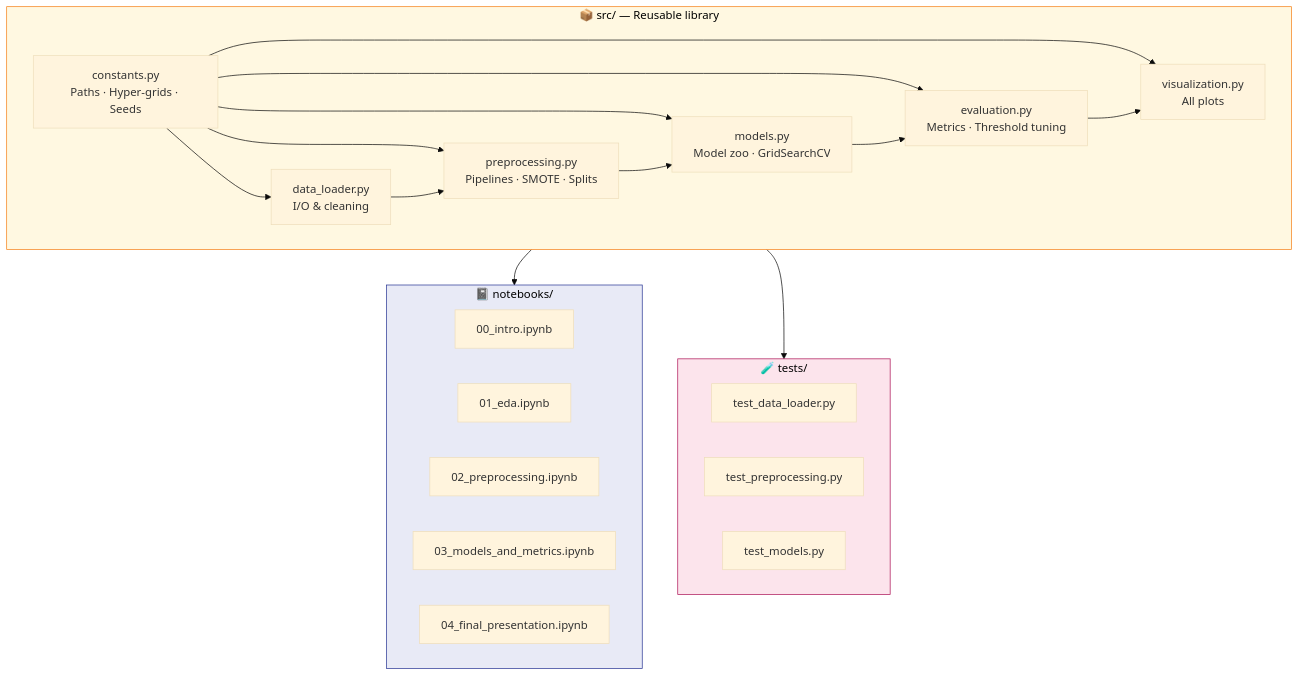
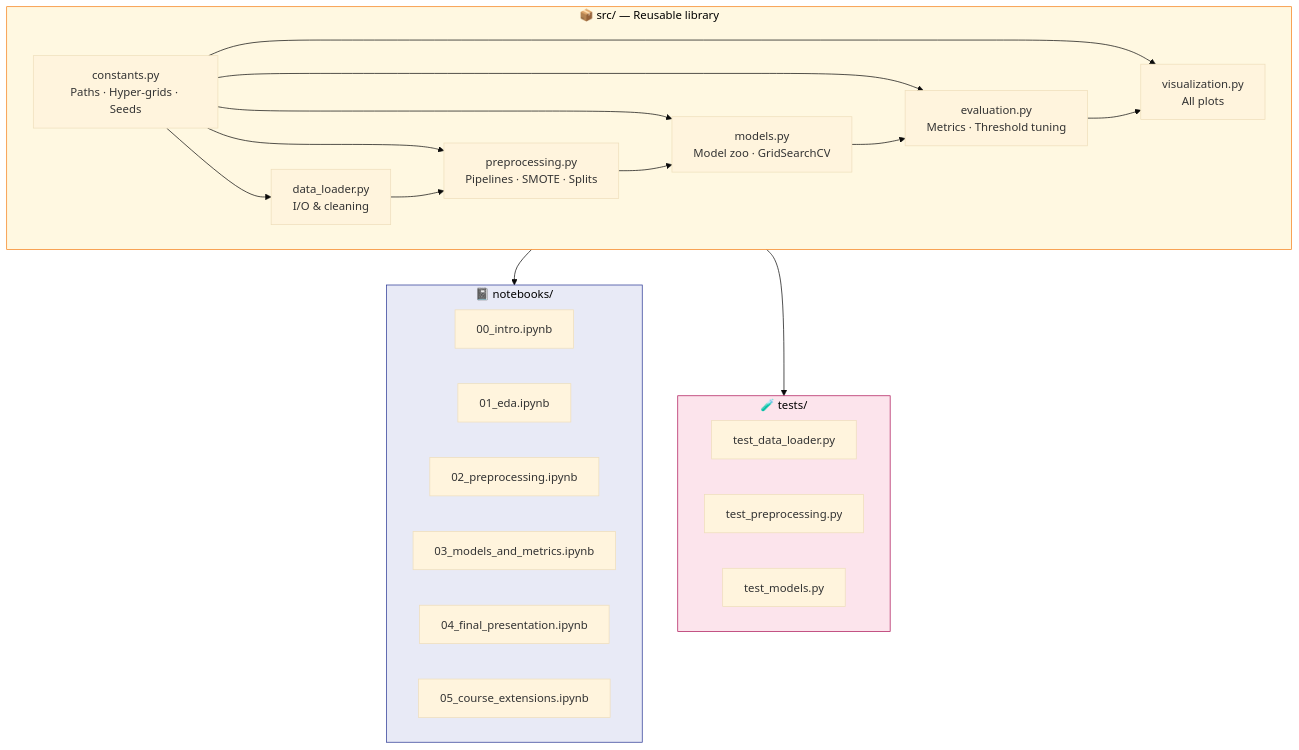
The second of 4 diagrams in README.md (AnderssonProgramming/exoplanet-ml-classifier), drawn with Mermaid (base theme) before and after one commit. The commit also changed other lines of this file and 15 other files, not shown here.

````diff
--- a/README.md
+++ b/README.md
@@ -161,37 +167,38 @@
 ```mermaid
 graph TD
     subgraph src["📦 src/ — Reusable library"]
         constants[constants.py<br/>Paths · Hyper-grids · Seeds]
         loader[data_loader.py<br/>I/O & cleaning]
         prep[preprocessing.py<br/>Pipelines · SMOTE · Splits]
         models[models.py<br/>Model zoo · GridSearchCV]
         eval[evaluation.py<br/>Metrics · Threshold tuning]
         viz[visualization.py<br/>All plots]
     end
     subgraph nb["📓 notebooks/"]
         n0[00_intro.ipynb]
         n1[01_eda.ipynb]
         n2[02_preprocessing.ipynb]
         n3[03_models_and_metrics.ipynb]
         n4[04_final_presentation.ipynb]
+        n5[05_course_extensions.ipynb]
     end
     subgraph t["🧪 tests/"]
         t1[test_data_loader.py]
         t2[test_preprocessing.py]
         t3[test_models.py]
     end
     constants --> loader
     constants --> prep
     constants --> models
     constants --> eval
     constants --> viz
     loader --> prep
     prep --> models
     models --> eval
     eval --> viz
     src --> nb
     src --> t
     style src fill:#FFF8E1,stroke:#F57F17,color:#000
     style nb fill:#E8EAF6,stroke:#283593,color:#000
     style t fill:#FCE4EC,stroke:#AD1457,color:#000
 ```
````
